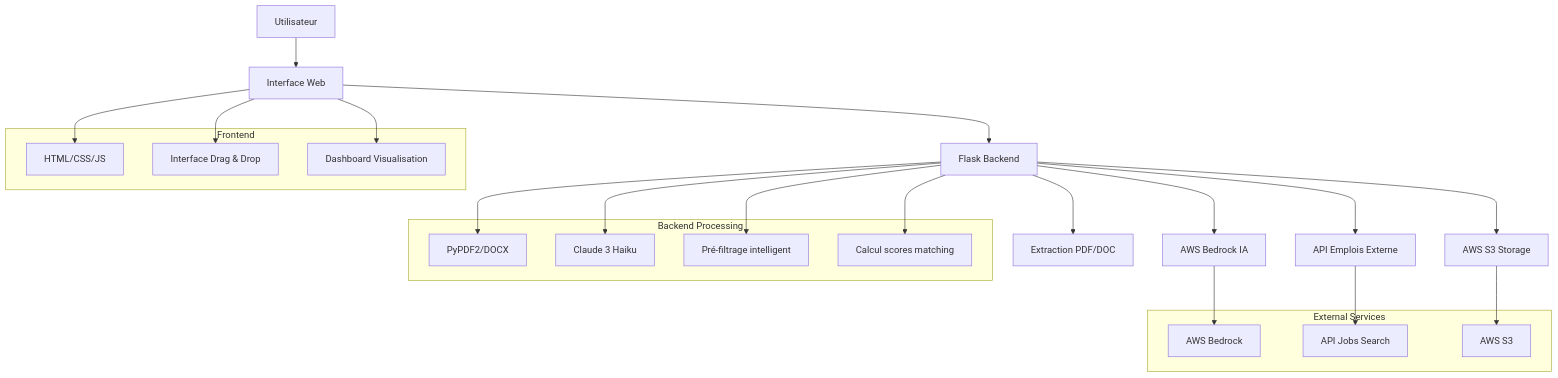
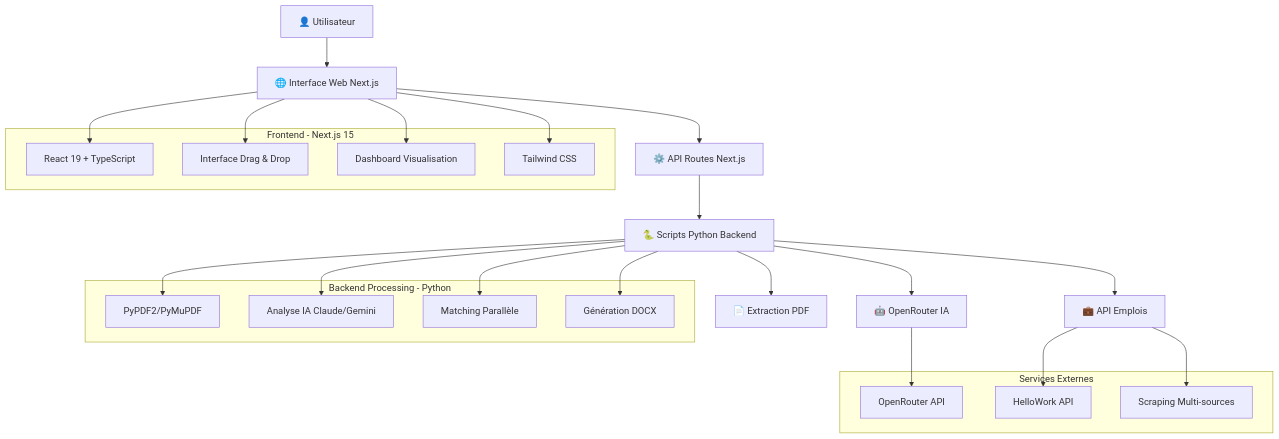
Before and after one commit to brayedna/CV-AI-Job-Matcher: the first of 5 diagrams in README.md, drawn with Mermaid. The commit also changed other lines of this file, not shown here.

````diff
--- a/README.md
+++ b/README.md
@@ -48,41 +56,43 @@
 ```mermaid
 graph TB
-    A[ Utilisateur] --> B[ Interface Web]
-    B --> C[Flask Backend]
-    C --> D[Extraction PDF/DOC]
-    C --> E[AWS Bedrock IA]
-    C --> F[API Emplois Externe]
-    C --> G[AWS S3 Storage]
-    
-    subgraph "Frontend"
-        B1[HTML/CSS/JS]
+    A[👤 Utilisateur] --> B[🌐 Interface Web Next.js]
+    B --> C[⚙️ API Routes Next.js]
+    C --> D[🐍 Scripts Python Backend]
+    D --> E[📄 Extraction PDF]
+    D --> F[🤖 OpenRouter IA]
+    D --> G[💼 API Emplois]
+
+    subgraph "Frontend - Next.js 15"
+        B1[React 19 + TypeScript]
         B2[Interface Drag & Drop]
         B3[Dashboard Visualisation]
+        B4[Tailwind CSS]
     end
-    
-    subgraph "Backend Processing"
-        C1[PyPDF2/DOCX]
-        C2[Claude 3 Haiku]
-        C3[Pré-filtrage intelligent]
-        C4[Calcul scores matching]
+
+    subgraph "Backend Processing - Python"
+        D1[PyPDF2/PyMuPDF]
+        D2[Analyse IA Claude/Gemini]
+        D3[Matching Parallèle]
+        D4[Génération DOCX]
     end
-    
-    subgraph "External Services"
-        E1[AWS Bedrock]
-        F1[API Jobs Search]
-        G1[AWS S3]
+
+    subgraph "Services Externes"
+        F1[OpenRouter API]
+        G1[HelloWork API]
+        G2[Scraping Multi-sources]
     end
-    
+
     B --> B1
     B --> B2
     B --> B3
-    
-    C --> C1
-    C --> C2
-    C --> C3
-    C --> C4
-    
-    E --> E1
+    B --> B4
+
+    D --> D1
+    D --> D2
+    D --> D3
+    D --> D4
+
     F --> F1
     G --> G1
+    G --> G2
 ```
````
